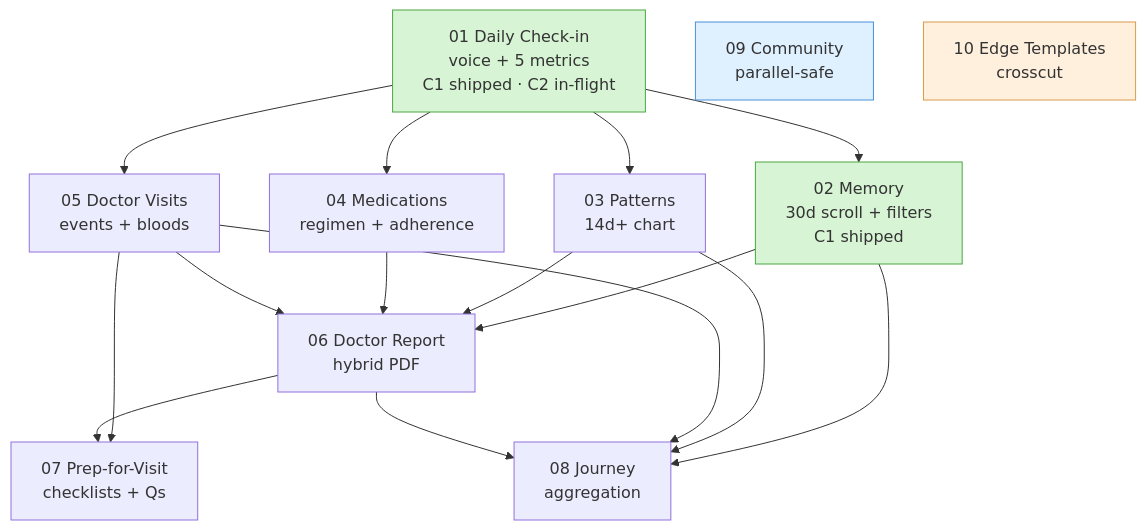
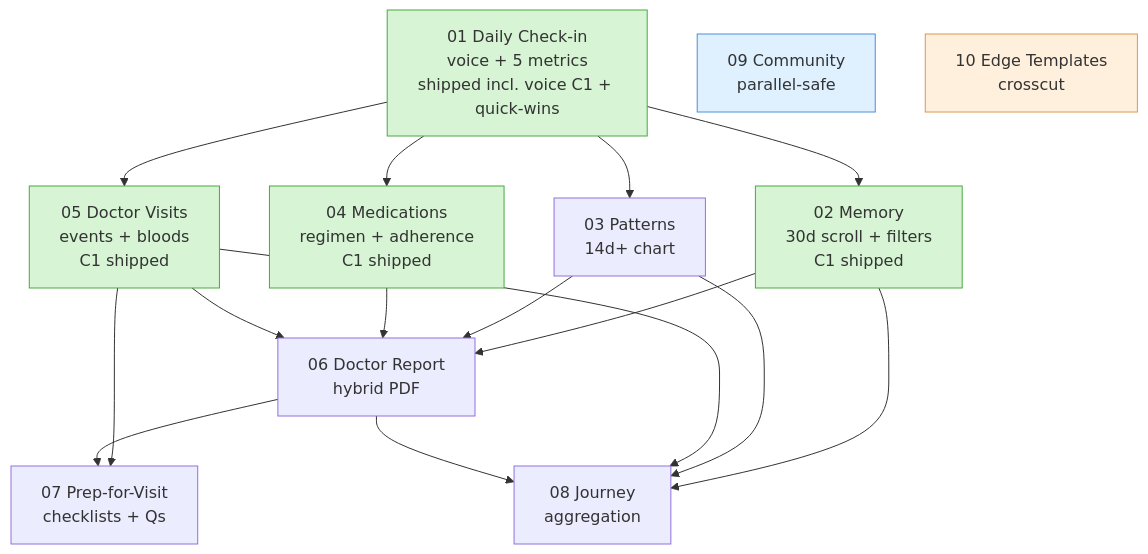
The first of 5 diagrams in docs/system-map.md (rewant24/autoimmune-health-companion), drawn with Mermaid before and after one commit. The commit also changed 4 other files, not shown here.

````diff
--- a/docs/system-map.md
+++ b/docs/system-map.md
@@ -16,32 +16,32 @@
 ```mermaid
 graph TD
-    F01[01 Daily Check-in<br/>voice + 5 metrics<br/>C1 shipped · C2 in-flight]:::shipped
+    F01[01 Daily Check-in<br/>voice + 5 metrics<br/>shipped incl. voice C1 + quick-wins]:::shipped
     F02[02 Memory<br/>30d scroll + filters<br/>C1 shipped]:::shipped
     F03[03 Patterns<br/>14d+ chart]
-    F04[04 Medications<br/>regimen + adherence]
-    F05[05 Doctor Visits<br/>events + bloods]
+    F04[04 Medications<br/>regimen + adherence<br/>C1 shipped]:::shipped
+    F05[05 Doctor Visits<br/>events + bloods<br/>C1 shipped]:::shipped
     F06[06 Doctor Report<br/>hybrid PDF]
     F07[07 Prep-for-Visit<br/>checklists + Qs]
     F08[08 Journey<br/>aggregation]
     F09[09 Community<br/>parallel-safe]:::parallel
     F10[10 Edge Templates<br/>crosscut]:::crosscut
 
     F01 --> F02
     F01 --> F03
     F01 --> F04
     F01 --> F05
     F02 --> F06
     F03 --> F06
     F04 --> F06
     F05 --> F06
     F05 --> F07
     F06 --> F07
     F02 --> F08
     F03 --> F08
     F05 --> F08
     F06 --> F08
 
     classDef parallel fill:#dff0ff,stroke:#4a90d9
     classDef crosscut fill:#fff0dd,stroke:#d99a4a
     classDef shipped fill:#d7f5d4,stroke:#4aa843
 ```
````
